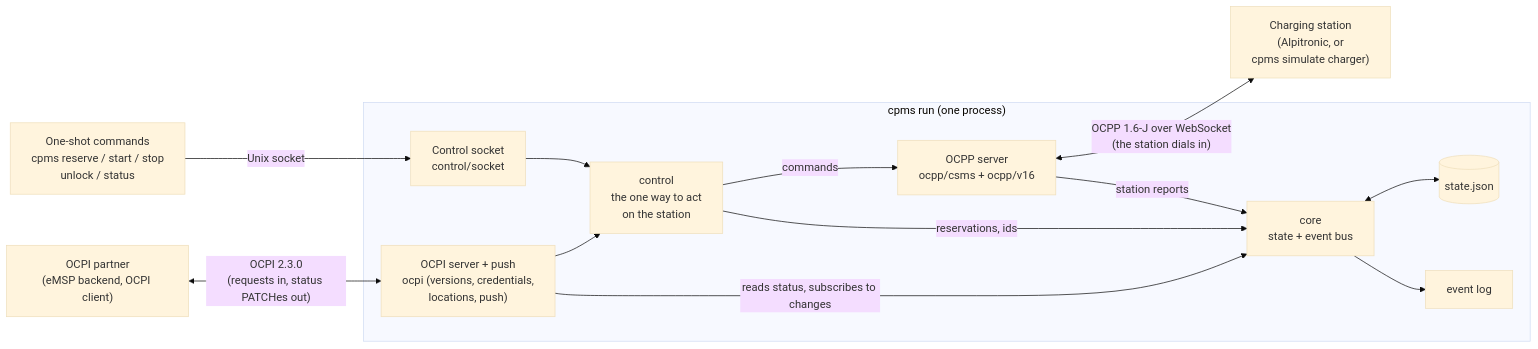
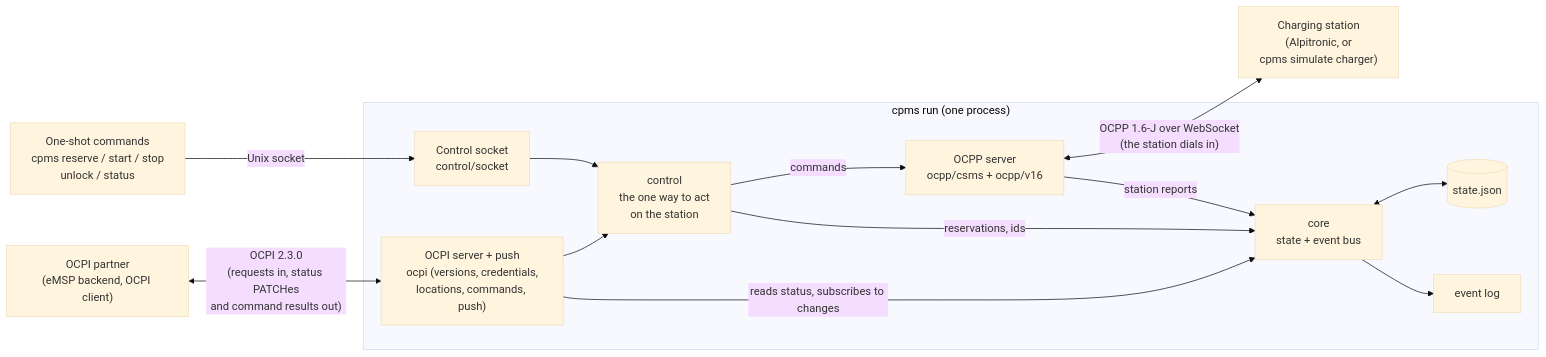
One commit to wolffseb/headless-csms changed the diagram in docs/architecture/overview.md. Above: the diagram before and after it, drawn with Mermaid (base theme). The commit also changed other lines of this file and 10 other files, not shown here.

Commit message:
Docs: OCPI commands across the site

````diff
--- a/docs/architecture/overview.md
+++ b/docs/architecture/overview.md
@@ -8,28 +8,28 @@
 ```mermaid
 flowchart LR
     cli["One-shot commands<br/>cpms reserve / start / stop<br/>unlock / status"]
     partner["OCPI partner<br/>(eMSP backend, OCPI client)"]
     station["Charging station<br/>(Alpitronic, or<br/>cpms simulate charger)"]
 
     subgraph run ["cpms run (one process)"]
         sock["Control socket<br/>control/socket"]
-        ocpi["OCPI server + push<br/>ocpi (versions, credentials,<br/>locations, push)"]
+        ocpi["OCPI server + push<br/>ocpi (versions, credentials,<br/>locations, commands, push)"]
         ctrl["control<br/>the one way to act<br/>on the station"]
         csms["OCPP server<br/>ocpp/csms + ocpp/v16"]
         core["core<br/>state + event bus"]
         store[("state.json")]
         log["event log"]
     end
 
     cli -- "Unix socket" --> sock
-    partner <-- "OCPI 2.3.0<br/>(requests in, status PATCHes out)" --> ocpi
+    partner <-- "OCPI 2.3.0<br/>(requests in, status PATCHes<br/>and command results out)" --> ocpi
     sock --> ctrl
     ocpi --> ctrl
     ctrl -- "commands" --> csms
     csms <-- "OCPP 1.6-J over WebSocket<br/>(the station dials in)" --> station
     ctrl -- "reservations, ids" --> core
     csms -- "station reports" --> core
     ocpi -- "reads status, subscribes to changes" --> core
     core <--> store
     core --> log
 ```
````
